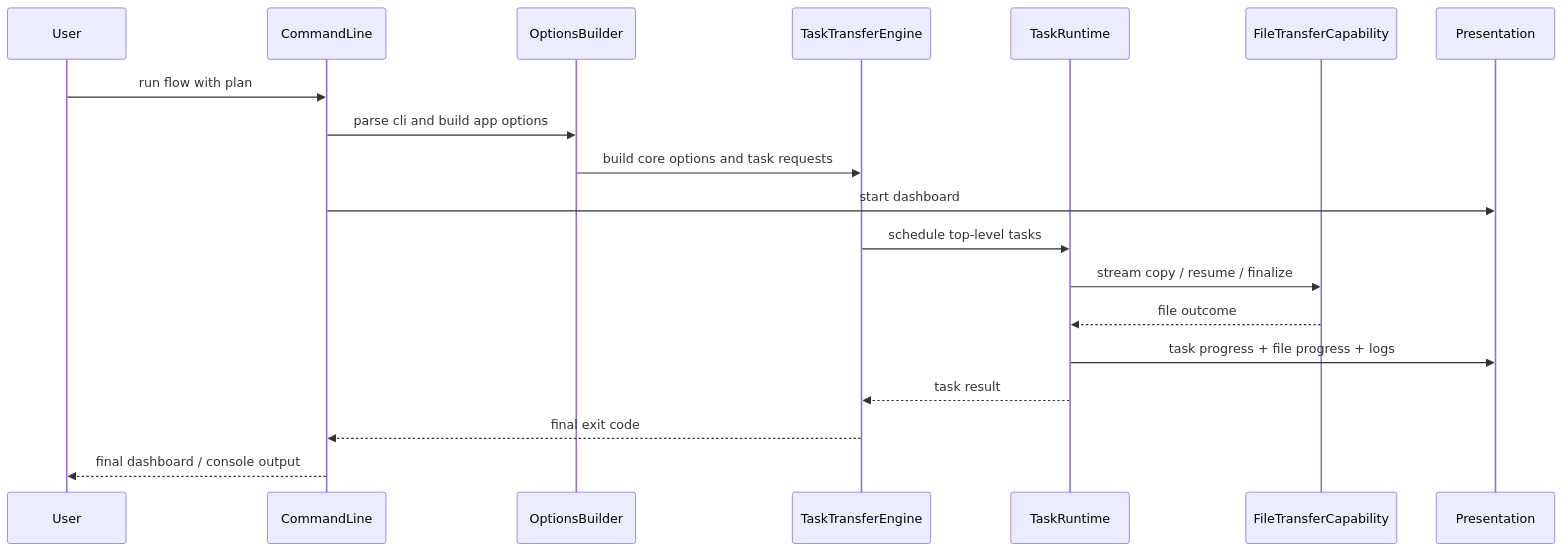
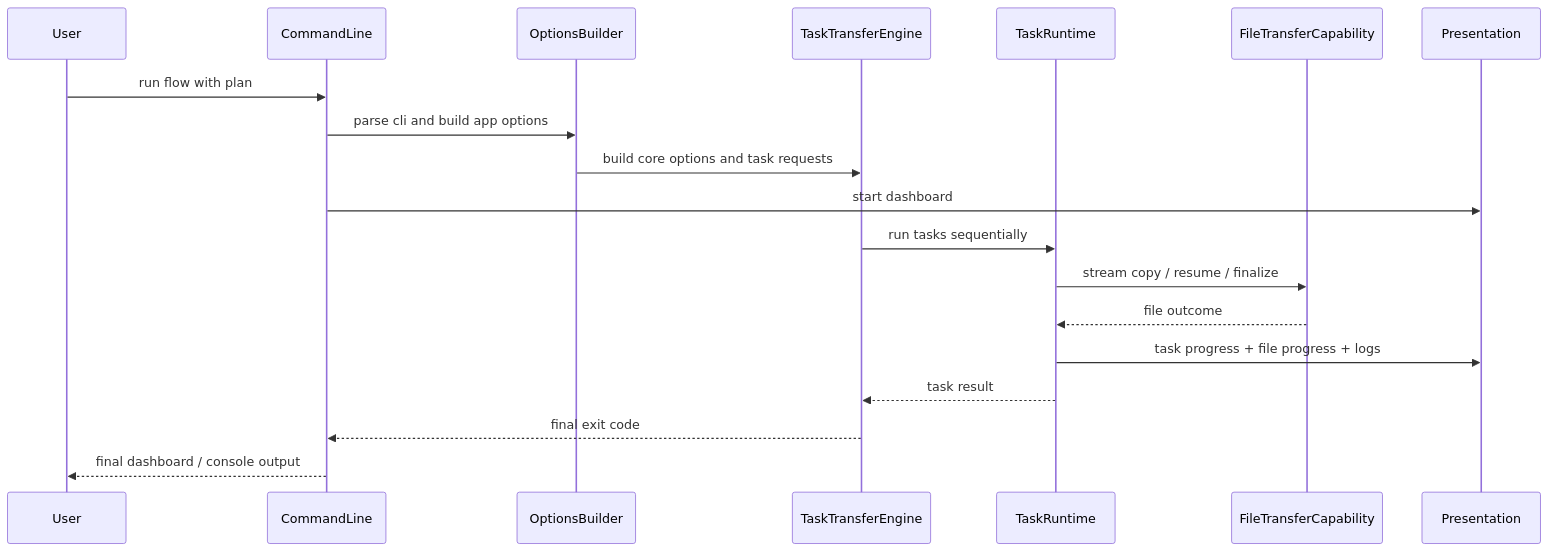
One commit to zeayii/flow changed the diagram in README.en.md. Above: the diagram before and after it, drawn with Mermaid. The commit also changed other lines of this file and 9 other files, not shown here.

````diff
--- a/README.en.md
+++ b/README.en.md
@@ -48,22 +49,22 @@
 ```mermaid
 sequenceDiagram
     participant User as User
     participant CLI as CommandLine
     participant OPTS as OptionsBuilder
     participant ENG as TaskTransferEngine
     participant RUN as TaskRuntime
     participant CAP as FileTransferCapability
     participant UI as Presentation
 
     User->>CLI: run flow with plan
     CLI->>OPTS: parse cli and build app options
     OPTS->>ENG: build core options and task requests
     CLI->>UI: start dashboard
-    ENG->>RUN: schedule top-level tasks
+    ENG->>RUN: run tasks sequentially
     RUN->>CAP: stream copy / resume / finalize
     CAP-->>RUN: file outcome
     RUN->>UI: task progress + file progress + logs
     RUN-->>ENG: task result
     ENG-->>CLI: final exit code
     CLI-->>User: final dashboard / console output
 ```
````
